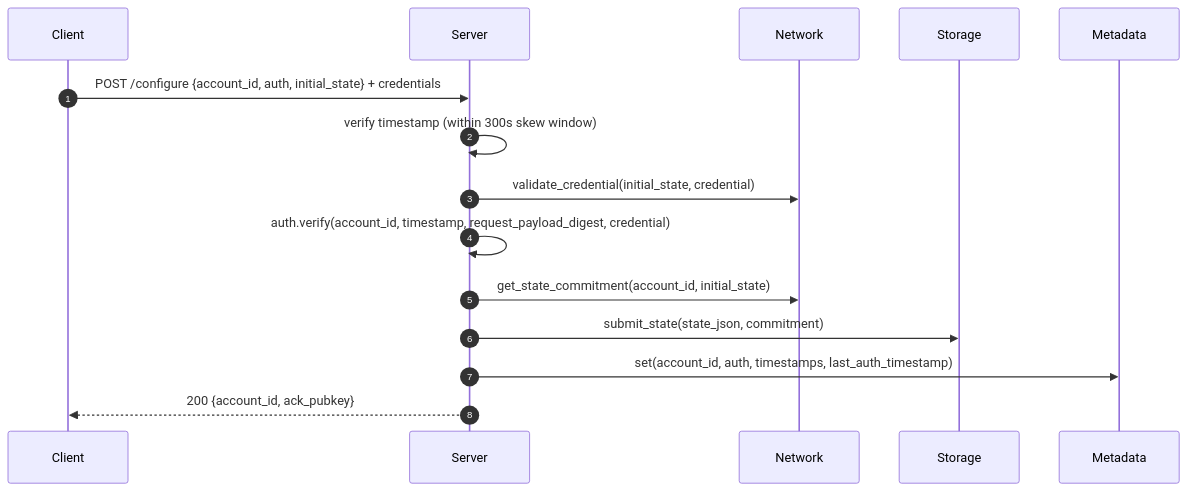
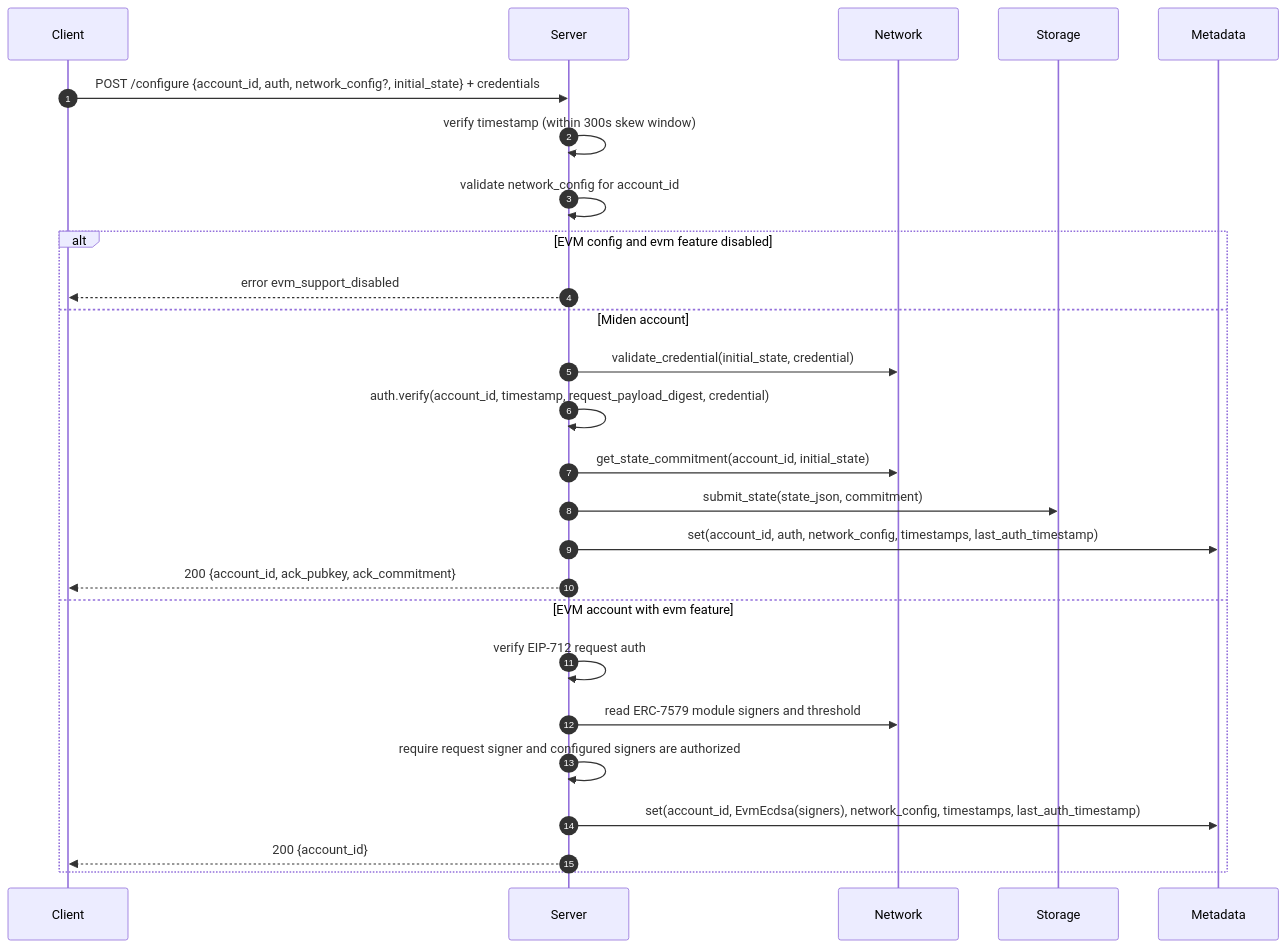
One commit to OpenZeppelin/guardian changed the first of 9 diagrams in spec/processes.md. Above: the diagram before and after it, drawn with Mermaid. The commit also changed other lines of this file and 74 other files, not shown here.

First line of the commit message:
Evm proposals support (#199)

````diff
--- a/spec/processes.md
+++ b/spec/processes.md
@@ -14,17 +16,28 @@
 ```mermaid
 sequenceDiagram
   autonumber
   participant C as Client
   participant S as Server
   participant N as Network
   participant ST as Storage
   participant M as Metadata
-  C->>S: POST /configure {account_id, auth, initial_state} + credentials
+  C->>S: POST /configure {account_id, auth, network_config?, initial_state} + credentials
   S->>S: verify timestamp (within 300s skew window)
-  S->>N: validate_credential(initial_state, credential)
-  S->>S: auth.verify(account_id, timestamp, request_payload_digest, credential)
-  S->>N: get_state_commitment(account_id, initial_state)
-  S->>ST: submit_state(state_json, commitment)
-  S->>M: set(account_id, auth, timestamps, last_auth_timestamp)
-  S-->>C: 200 {account_id, ack_pubkey}
+  S->>S: validate network_config for account_id
+  alt EVM config and evm feature disabled
+    S-->>C: error evm_support_disabled
+  else Miden account
+    S->>N: validate_credential(initial_state, credential)
+    S->>S: auth.verify(account_id, timestamp, request_payload_digest, credential)
+    S->>N: get_state_commitment(account_id, initial_state)
+    S->>ST: submit_state(state_json, commitment)
+    S->>M: set(account_id, auth, network_config, timestamps, last_auth_timestamp)
+    S-->>C: 200 {account_id, ack_pubkey, ack_commitment}
+  else EVM account with evm feature
+    S->>S: verify EIP-712 request auth
+    S->>N: read ERC-7579 module signers and threshold
+    S->>S: require request signer and configured signers are authorized
+    S->>M: set(account_id, EvmEcdsa(signers), network_config, timestamps, last_auth_timestamp)
+    S-->>C: 200 {account_id}
+  end
 ```
````
